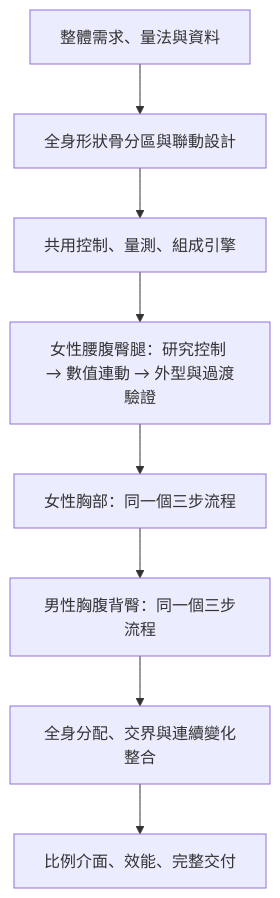
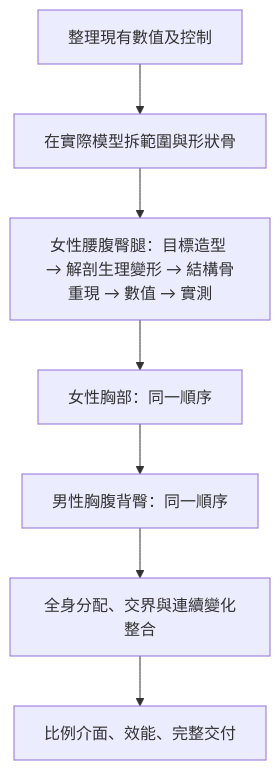
The diagram in docs/SHAPE_CONTROL_PLAN.md (asasasdad0329/bodyref), drawn with Mermaid before and after one commit. The commit also changed other lines of this file and 10 other files, not shown here.

````diff
--- a/docs/SHAPE_CONTROL_PLAN.md
+++ b/docs/SHAPE_CONTROL_PLAN.md
@@ -80,10 +80,9 @@
 ```mermaid
 flowchart TD
-  A[整體需求、量法與資料] --> B[全身形狀骨分區與聯動設計]
-  B --> C[共用控制、量測、組成引擎]
-  C --> D[女性腰腹臀腿：研究控制 → 數值連動 → 外型與過渡驗證]
-  D --> E[女性胸部：同一個三步流程]
-  E --> F[男性胸腹背臀：同一個三步流程]
+  A[整理現有數值及控制] --> B[在實際模型拆範圍與形狀骨]
+  B --> D[女性腰腹臀腿：目標造型 → 解剖生理變形 → 結構骨重現 → 數值 → 實測]
+  D --> E[女性胸部：同一順序]
+  E --> F[男性胸腹背臀：同一順序]
   F --> G[全身分配、交界與連續變化整合]
   G --> H[比例介面、效能、完整交付]
 ```
````
